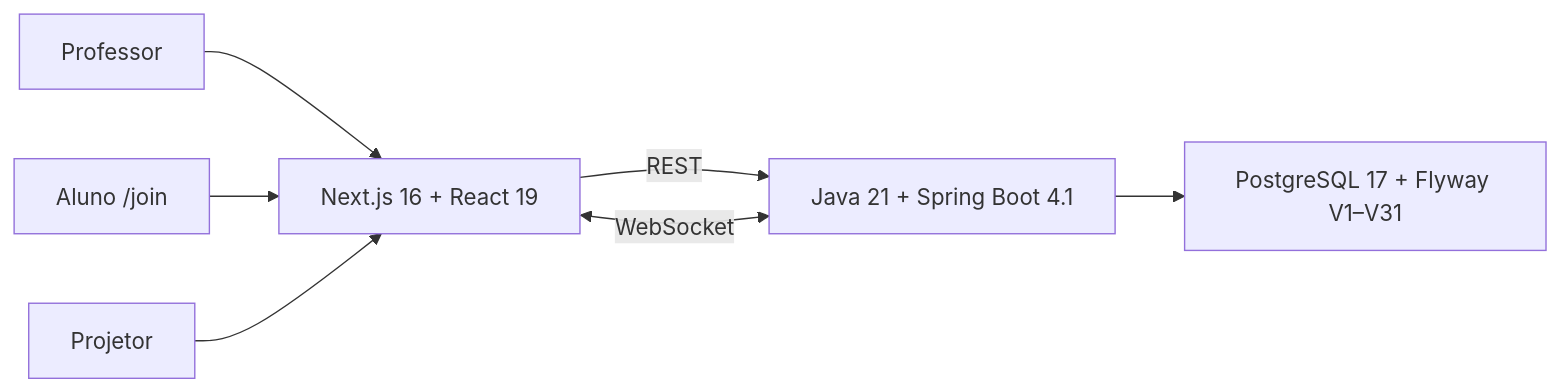
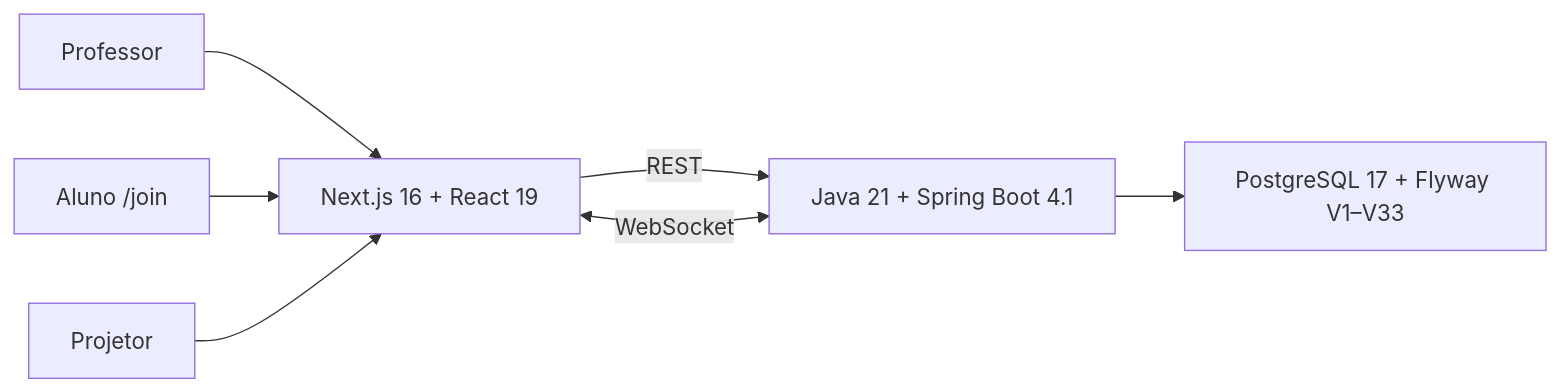
One commit to wesscosta/arena-dev changed the diagram in README.md. Above: the diagram before and after it, drawn with Mermaid. The commit also changed other lines of this file and 50 other files, not shown here.

````diff
--- a/README.md
+++ b/README.md
@@ -113,9 +113,9 @@
 ```mermaid
 flowchart LR
     T["Professor"] --> F["Next.js 16 + React 19"]
     S["Aluno /join"] --> F
     P["Projetor"] --> F
     F -->|"REST"| B["Java 21 + Spring Boot 4.1"]
     F <-->|"WebSocket"| B
-    B --> D["PostgreSQL 17 + Flyway V1–V31"]
+    B --> D["PostgreSQL 17 + Flyway V1–V33"]
 ```
````
